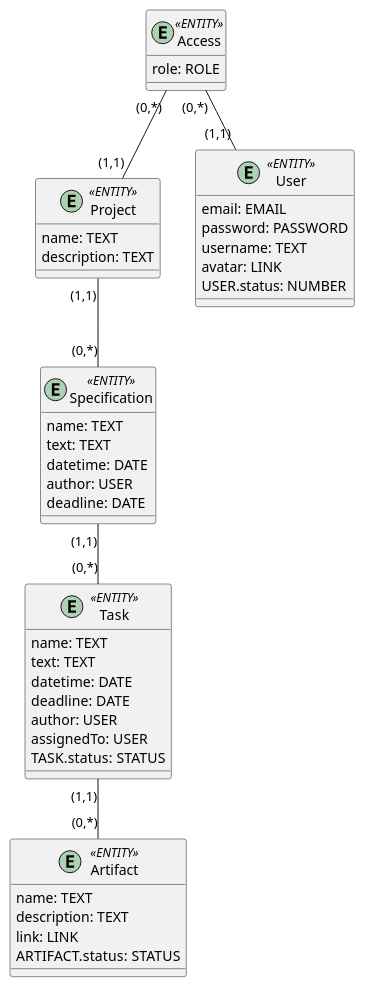
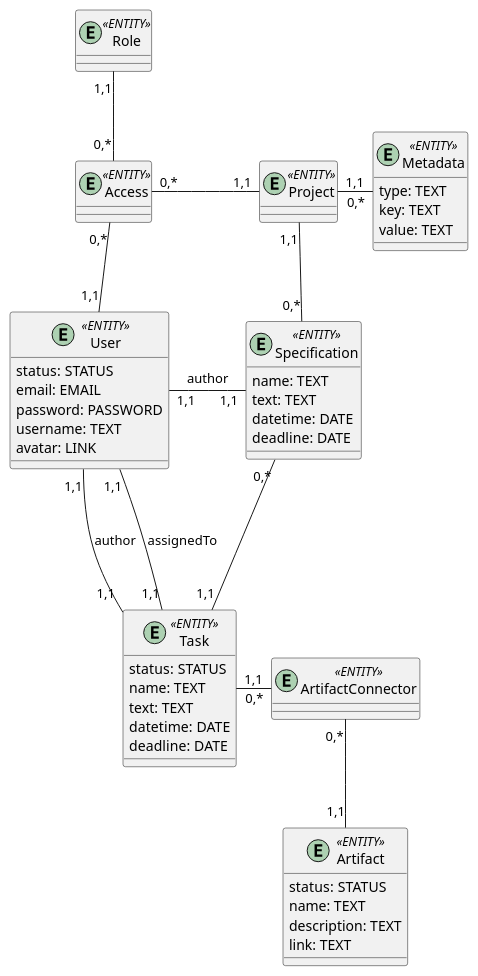
One commit to drewg3r/boar changed the diagram in src/uml/ER/er-model.puml. Above: the diagram before and after it, drawn with PlantUML. The commit also changed 17 other files, not shown here.

```diff
--- a/src/uml/ER/er-model.puml
+++ b/src/uml/ER/er-model.puml
@@ -1,52 +1,73 @@
 @startuml
+entity Role <<ENTITY>> {
+    
+}
+
+entity Access <<ENTITY>> {
+
+}
+
 entity User <<ENTITY>> {
-		email: EMAIL
-		password: PASSWORD
-		username: TEXT
-        avatar: LINK
-        USER.status: NUMBER
-	}
-	
-	entity Access <<ENTITY>> {
-		role: ROLE
-	}
-	
-	entity Project <<ENTITY>> {
-		name: TEXT
-		description: TEXT
-	}
-	
-	entity Specification <<ENTITY>> {
-		name: TEXT
-		text: TEXT
-		datetime: DATE
-        author: USER
-        deadline: DATE
-	}
-	
-	entity Task <<ENTITY>> {
-		name: TEXT
-		text: TEXT
-        datetime: DATE
-        deadline: DATE
-        author: USER
-        assignedTo: USER
-        TASK.status: STATUS
-	}
-	
-	entity Artifact <<ENTITY>> {
-		name: TEXT
-		description: TEXT
-        link: LINK
-        ARTIFACT.status: STATUS
-	}
-	
-    Access "(0,*)"--"(1,1)" User
-    Access "(0,*)"--"(1,1)" Project
+    status: STATUS
+    email: EMAIL
+    password: PASSWORD
+    username: TEXT
+    avatar: LINK
     
-    Task "(0,*)"-u-"(1,1)" Specification
-  
-    Task "(1,1)"--"(0,*)" Artifact
-  
-    Specification "(0,*)"-u-"(1,1)" Project
+}
+
+entity Project <<ENTITY>> {
+
+}
+
+entity Metadata <<ENTITY>> {
+    type: TEXT
+    key: TEXT
+    value: TEXT
+}
+
+entity Specification <<ENTITY>> {
+    name: TEXT
+    text: TEXT
+    datetime: DATE
+    deadline: DATE
+}
+
+
+entity Task <<ENTITY>> {
+    status: STATUS
+    name: TEXT
+    text: TEXT
+    datetime: DATE
+    deadline: DATE
+}
+
+entity ArtifactConnector <<ENTITY>> {
+    
+}
+
+entity Artifact <<ENTITY>> {
+    status: STATUS
+    name: TEXT
+    description: TEXT
+    link: TEXT
+}
+
+Access "0,*" -u- "1,1" Role
+Access "0,*" -r- "1,1" Project : "                    "
+Access "0,*" -- "1,1" User
+
+Project "1,1" -r- "0,*" Metadata
+
+Specification "0,*" -u- "1,1" Project
+
+Specification "1,1" -l- "1,1" User: author
+
+Specification "0,*" --- "1,1" Task
+
+Task "1,1" -u- "1,1" User: author
+Task "1,1" -u- "1,1" User: assignedTo
+
+ArtifactConnector "0,*" -l- "1,1" Task
+ArtifactConnector "0,*" -- "1,1" Artifact
 @enduml
```
